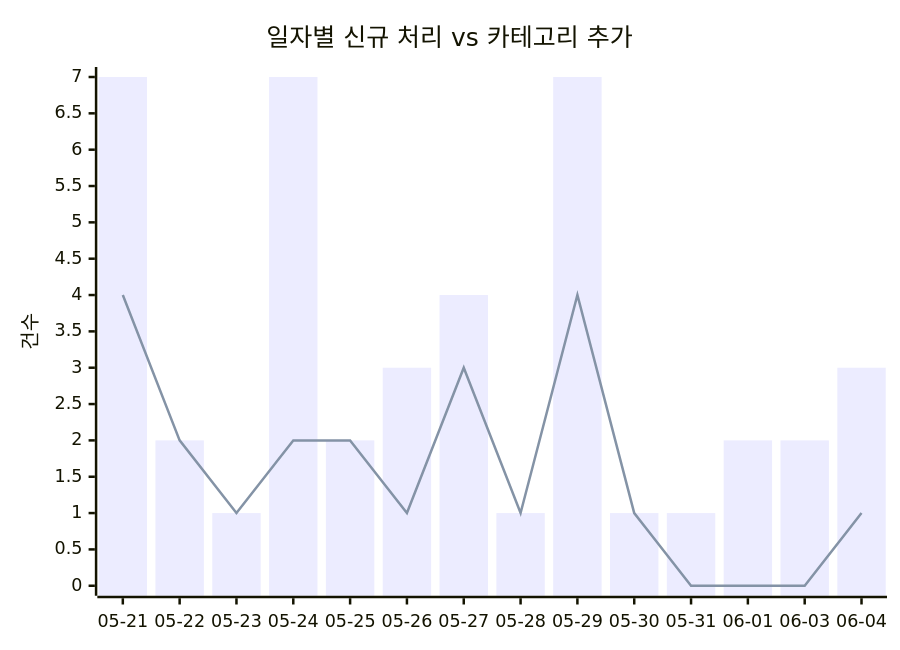
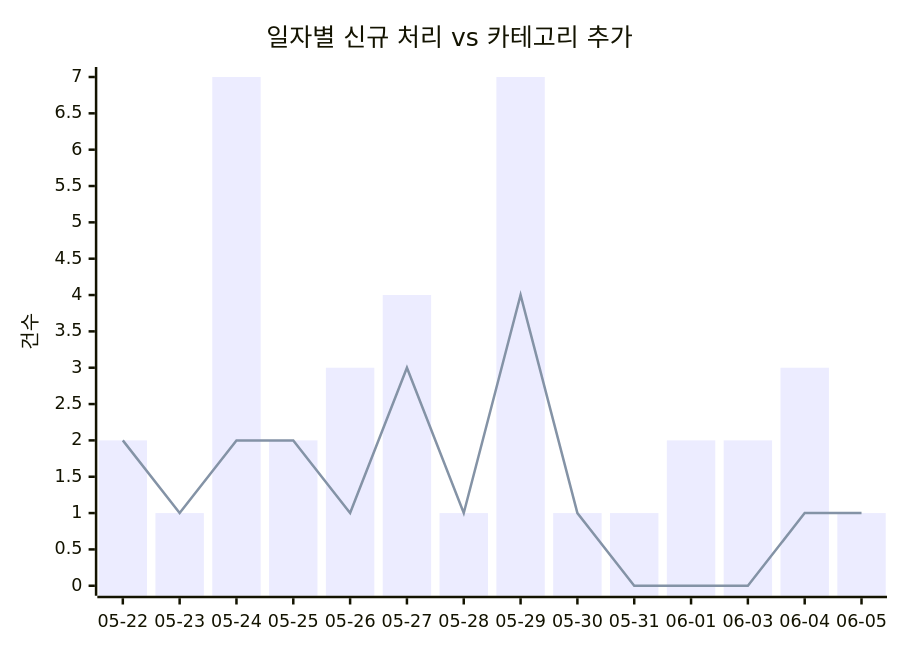
The first of 2 diagrams in docs/trends.md (J-nowcow/awesome-korean-agent-skills), drawn with Mermaid before and after one commit. The commit also changed other lines of this file and 3 other files, not shown here.

````diff
--- a/docs/trends.md
+++ b/docs/trends.md
@@ -32,8 +32,8 @@
 ```mermaid
 xychart-beta
     title "일자별 신규 처리 vs 카테고리 추가"
-    x-axis ["05-21","05-22","05-23","05-24","05-25","05-26","05-27","05-28","05-29","05-30","05-31","06-01","06-03","06-04"]
+    x-axis ["05-22","05-23","05-24","05-25","05-26","05-27","05-28","05-29","05-30","05-31","06-01","06-03","06-04","06-05"]
     y-axis "건수"
-    bar [7,2,1,7,2,3,4,1,7,1,1,2,2,3]
-    line [4,2,1,2,2,1,3,1,4,1,0,0,0,1]
+    bar [2,1,7,2,3,4,1,7,1,1,2,2,3,1]
+    line [2,1,2,2,1,3,1,4,1,0,0,0,1,1]
 ```
````
